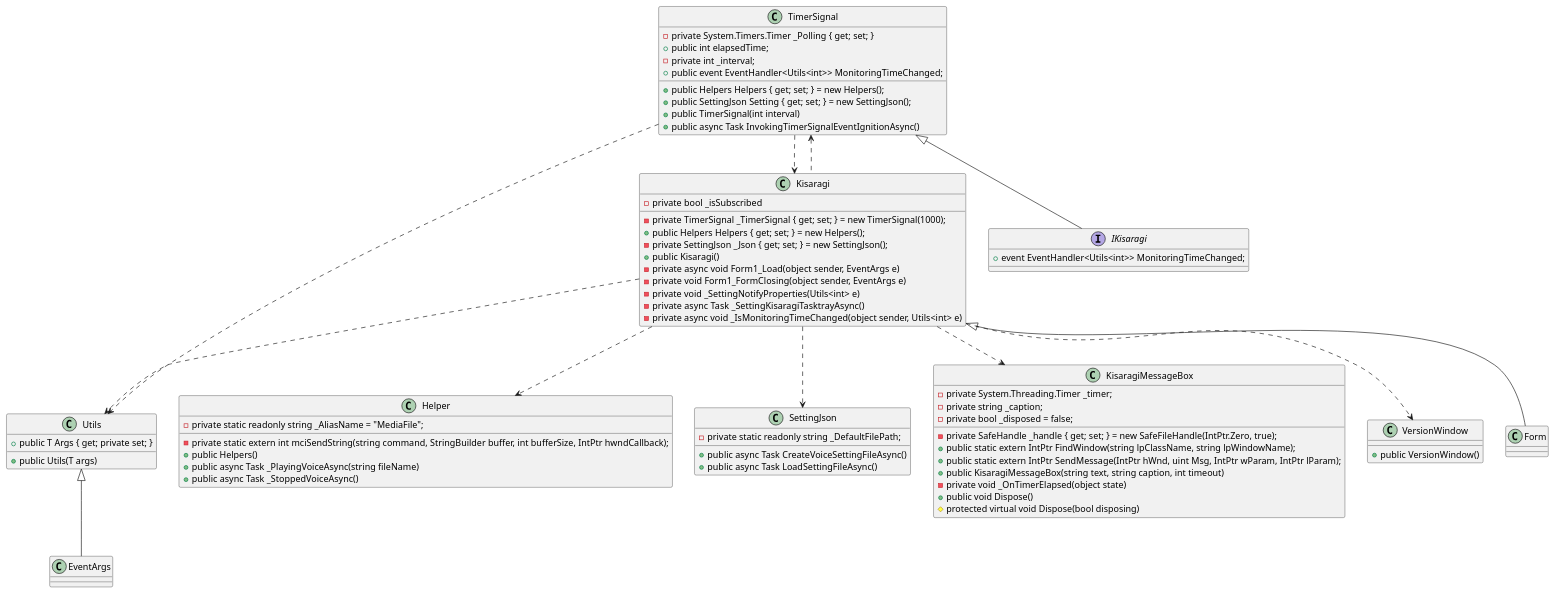
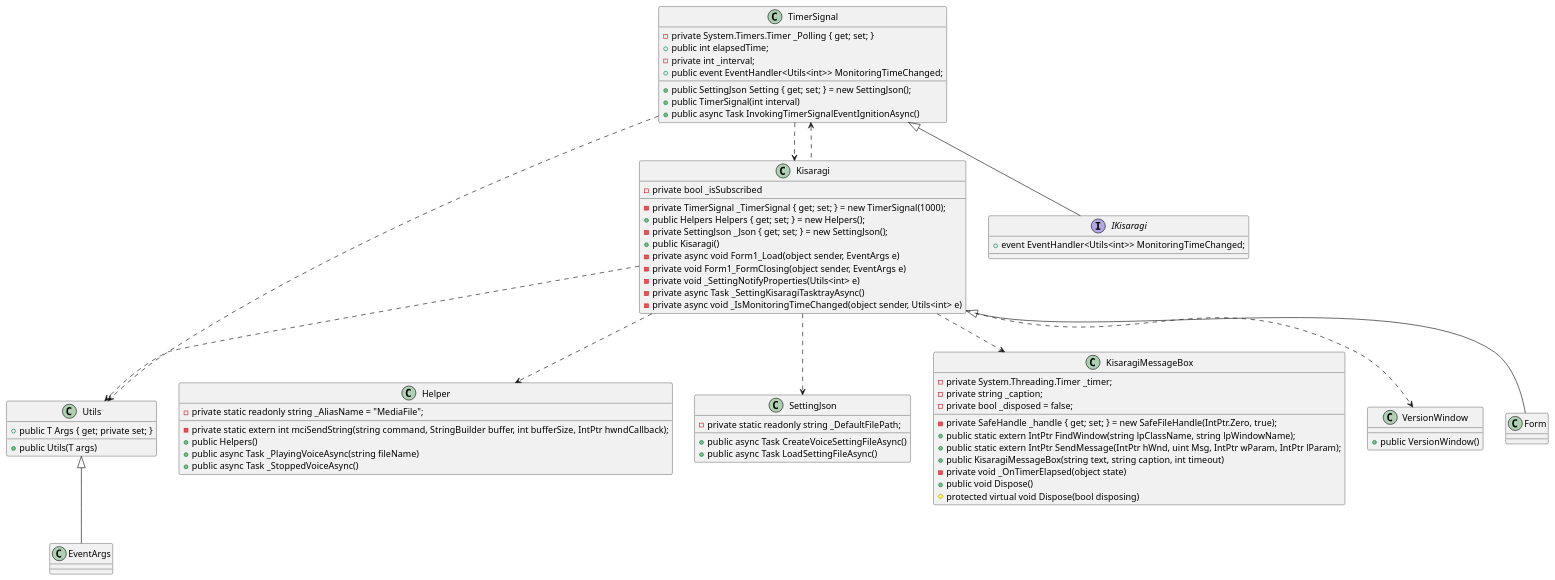
The diagram in Kisaragi UMLDiagram/Kisaragi.pu (Asteriskx/Kisaragi), drawn with PlantUML before and after one commit.

Commit message:
[wip] refactoring for Kisaragi.pu
[wip] refactoring for Kisaragi.pu

```diff
--- a/Kisaragi UMLDiagram/Kisaragi.pu
+++ b/Kisaragi UMLDiagram/Kisaragi.pu
@@ -1,81 +1,80 @@
 @startuml kisaragi
 
 class Kisaragi {
     - private TimerSignal _TimerSignal { get; set; } = new TimerSignal(1000);
     + public Helpers Helpers { get; set; } = new Helpers();
     - private SettingJson _Json { get; set; } = new SettingJson();
     - private bool _isSubscribed
 
     + public Kisaragi()
     - private async void Form1_Load(object sender, EventArgs e)
     - private void Form1_FormClosing(object sender, EventArgs e)
     - private void _SettingNotifyProperties(Utils<int> e)
     - private async Task _SettingKisaragiTasktrayAsync()
     - private async void _IsMonitoringTimeChanged(object sender, Utils<int> e)
 }
 
 class TimerSignal {
-    + public Helpers Helpers { get; set; } = new Helpers();
     + public SettingJson Setting { get; set; } = new SettingJson();
     - private System.Timers.Timer _Polling { get; set; }
     + public int elapsedTime;
     - private int _interval;
     + public event EventHandler<Utils<int>> MonitoringTimeChanged;
     + public TimerSignal(int interval)
     + public async Task InvokingTimerSignalEventIgnitionAsync()
 }
 
 class Helper {
     - private static readonly string _AliasName = "MediaFile";
     - private static extern int mciSendString(string command, StringBuilder buffer, int bufferSize, IntPtr hwndCallback);
     + public Helpers()
     + public async Task _PlayingVoiceAsync(string fileName)
     + public async Task _StoppedVoiceAsync()
 }
 
 class Utils {
     + public Utils(T args)
     + public T Args { get; private set; }
 }
 
 class SettingJson {
     - private static readonly string _DefaultFilePath;
     + public async Task CreateVoiceSettingFileAsync()
     + public async Task LoadSettingFileAsync()
 }
 
 class KisaragiMessageBox {
     - private System.Threading.Timer _timer;
     - private string _caption;
     - private bool _disposed = false;
     - private SafeHandle _handle { get; set; } = new SafeFileHandle(IntPtr.Zero, true);
     + public static extern IntPtr FindWindow(string lpClassName, string lpWindowName);
     + public static extern IntPtr SendMessage(IntPtr hWnd, uint Msg, IntPtr wParam, IntPtr lParam);
     + public KisaragiMessageBox(string text, string caption, int timeout)
     - private void _OnTimerElapsed(object state)
     + public void Dispose()
     # protected virtual void Dispose(bool disposing)
 }
 
 class VersionWindow {
     + public VersionWindow()
 }
 
 interface IKisaragi {
     + event EventHandler<Utils<int>> MonitoringTimeChanged;
 }
 
 Kisaragi <|-- Form
 Kisaragi ..> SettingJson
 Kisaragi ..> Helper
 Kisaragi ..> Utils
 Kisaragi ..> KisaragiMessageBox
 Kisaragi ..> VersionWindow
 TimerSignal ..> Utils
 TimerSignal ..> Kisaragi
 TimerSignal <.. Kisaragi
 TimerSignal <|-- IKisaragi
 Utils <|-- EventArgs
 
 
 @enduml
```
